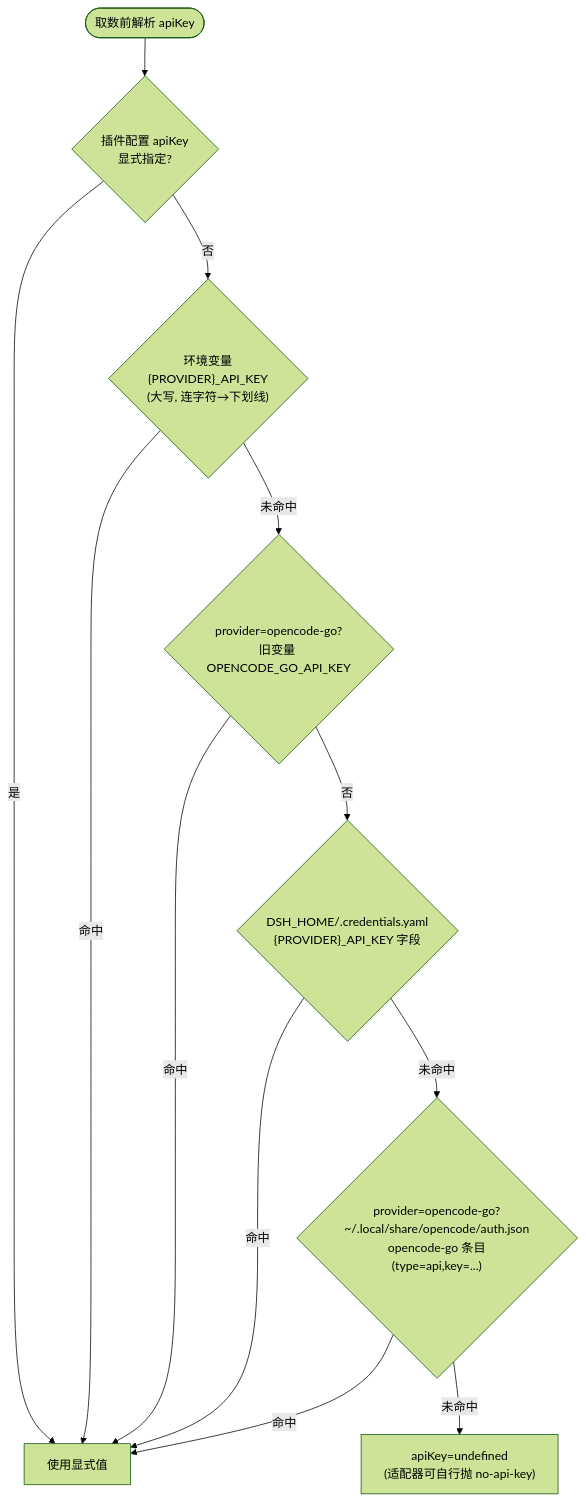
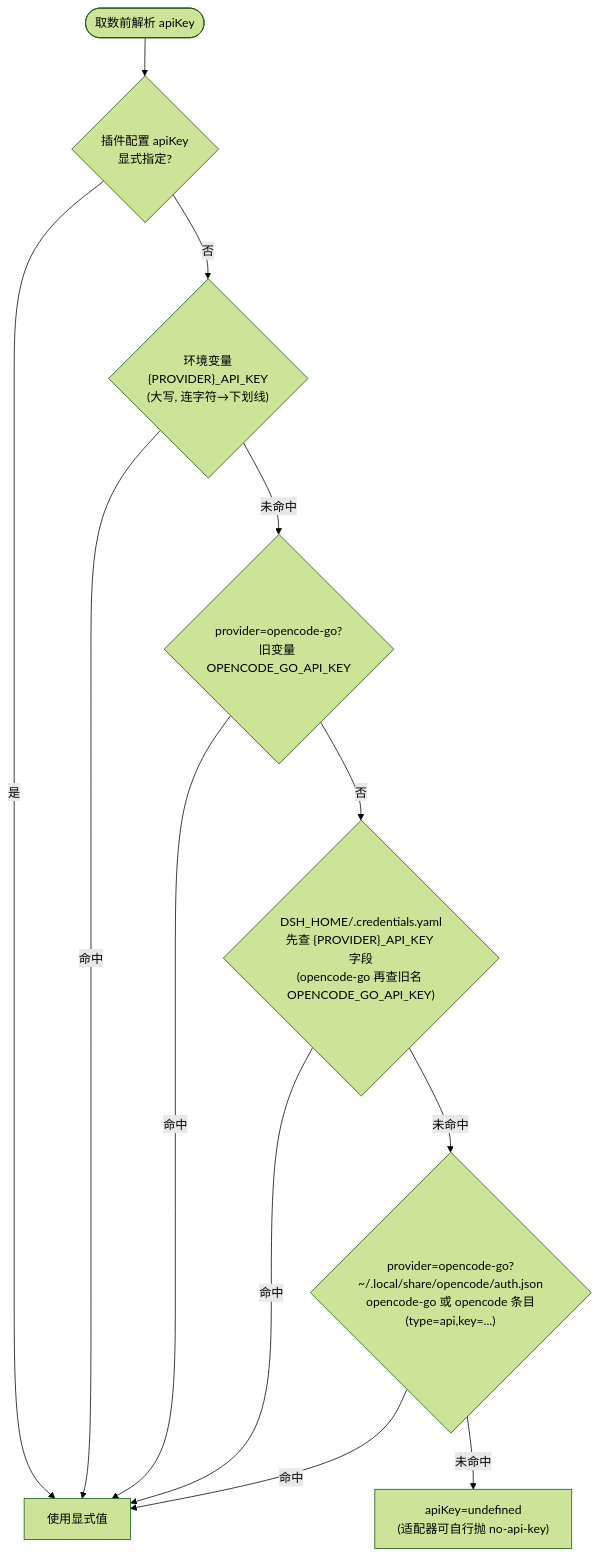
The tenth of 10 diagrams in packages/dsh-provider-usage/docs/architecture.md (wingsky-1/dsh-plugin-hub), drawn with Mermaid (forest theme) before and after one commit. The commit also changed other lines of this file and 3 other files, not shown here.

Commit message:
docs(dsh-provider-usage): 按双评审修正架构文档——落盘时机归属 getStats、未配置态胶囊隐藏、密钥链 yaml 旧名二查；README 去幽灵路由与配置项、接线主路径统一为设置页

````diff
--- a/packages/dsh-provider-usage/docs/architecture.md
+++ b/packages/dsh-provider-usage/docs/architecture.md
@@ -330,14 +334,14 @@
 ```mermaid
 flowchart TD
     S(["取数前解析 apiKey"]) --> A{"插件配置 apiKey<br/>显式指定?"}
     A -->|是| DONE["使用显式值"]
     A -->|否| B{"环境变量<br/>{PROVIDER}_API_KEY<br/>(大写, 连字符→下划线)"}
     B -->|命中| DONE
     B -->|未命中| C{"provider=opencode-go?<br/>旧变量 OPENCODE_GO_API_KEY"}
     C -->|命中| DONE
-    C -->|否| D{"DSH_HOME/.credentials.yaml<br/>{PROVIDER}_API_KEY 字段"}
+    C -->|否| D{"DSH_HOME/.credentials.yaml<br/>先查 {PROVIDER}_API_KEY 字段<br/>(opencode-go 再查旧名 OPENCODE_GO_API_KEY)"}
     D -->|命中| DONE
-    D -->|未命中| E{"provider=opencode-go?<br/>~/.local/share/opencode/auth.json<br/>opencode-go 条目(type=api,key=...)"}
+    D -->|未命中| E{"provider=opencode-go?<br/>~/.local/share/opencode/auth.json<br/>opencode-go 或 opencode 条目(type=api,key=...)"}
     E -->|命中| DONE
     E -->|未命中| NONE["apiKey=undefined<br/>(适配器可自行抛 no-api-key)"]
 ```
````
